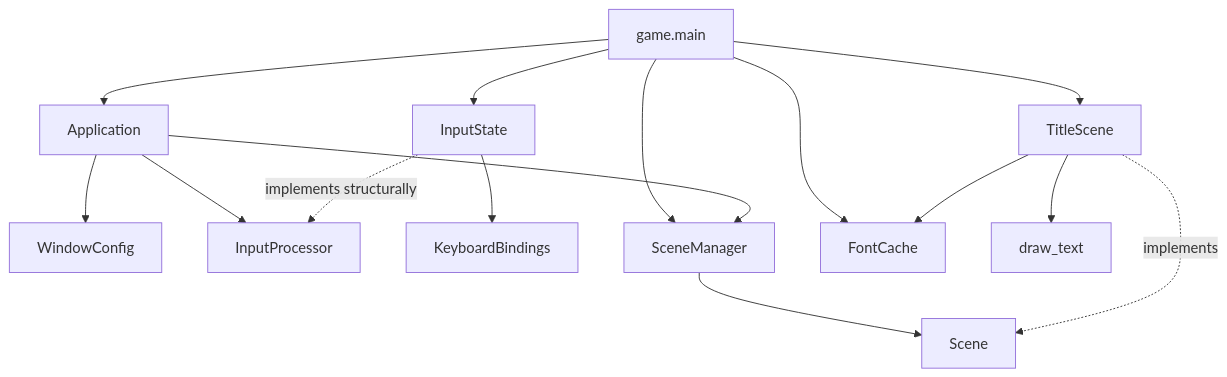
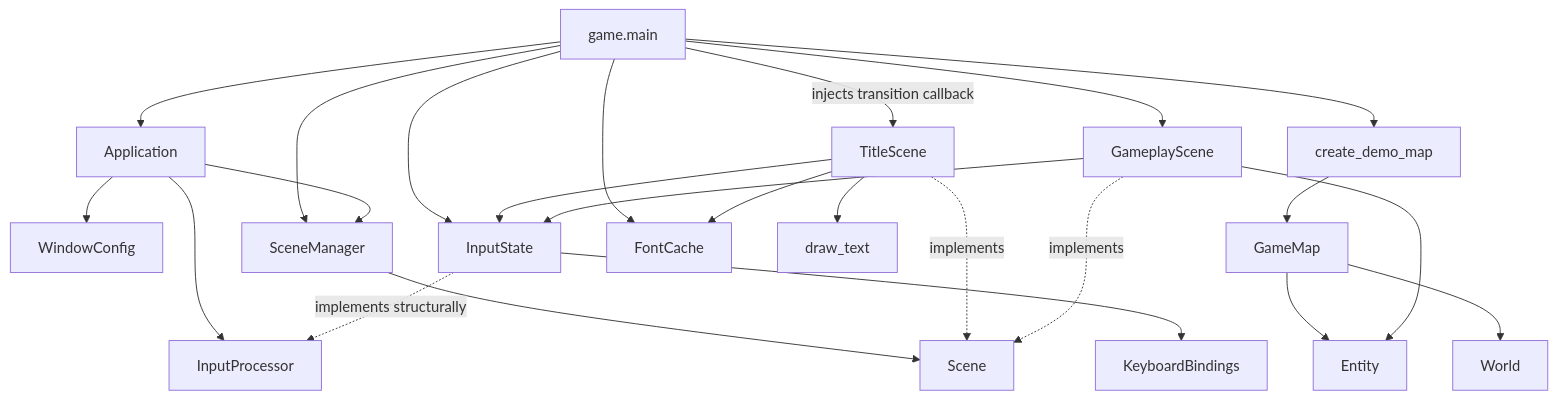
One commit to VincentMardon/my_first_adventure_game changed the diagram in docs/architecture/overview.md. Above: the diagram before and after it, drawn with Mermaid. The commit also changed other lines of this file and 12 other files, not shown here.

Commit message:
feat(gameplay): connect title to playable demo map

````diff
--- a/docs/architecture/overview.md
+++ b/docs/architecture/overview.md
@@ -142,32 +145,47 @@
 ```mermaid
 flowchart TD
     GameMain["game.main"]
     Application["Application"]
     WindowConfig["WindowConfig"]
     InputProcessor["InputProcessor"]
     InputState["InputState"]
     KeyboardBindings["KeyboardBindings"]
     SceneManager["SceneManager"]
     Scene["Scene"]
     TitleScene["TitleScene"]
+    GameplayScene["GameplayScene"]
+    DemoMap["create_demo_map"]
+    GameMap["GameMap"]
+    World["World"]
+    Entity["Entity"]
     FontCache["FontCache"]
     DrawText["draw_text"]
 
     GameMain --> Application
     GameMain --> InputState
     GameMain --> SceneManager
-    GameMain --> TitleScene
+    GameMain -->|"injects transition callback"| TitleScene
+    GameMain --> GameplayScene
+    GameMain --> DemoMap
     GameMain --> FontCache
+
+    DemoMap --> GameMap
+    GameMap --> World
+    GameMap --> Entity
 
     Application --> WindowConfig
     Application --> InputProcessor
     Application --> SceneManager
 
     TitleScene --> FontCache
     TitleScene --> DrawText
+    TitleScene --> InputState
+    GameplayScene --> InputState
+    GameplayScene --> Entity
 
     InputState -. "implements structurally" .-> InputProcessor
     InputState --> KeyboardBindings
     SceneManager --> Scene
     TitleScene -. "implements" .-> Scene
+    GameplayScene -. "implements" .-> Scene
 ```
````
